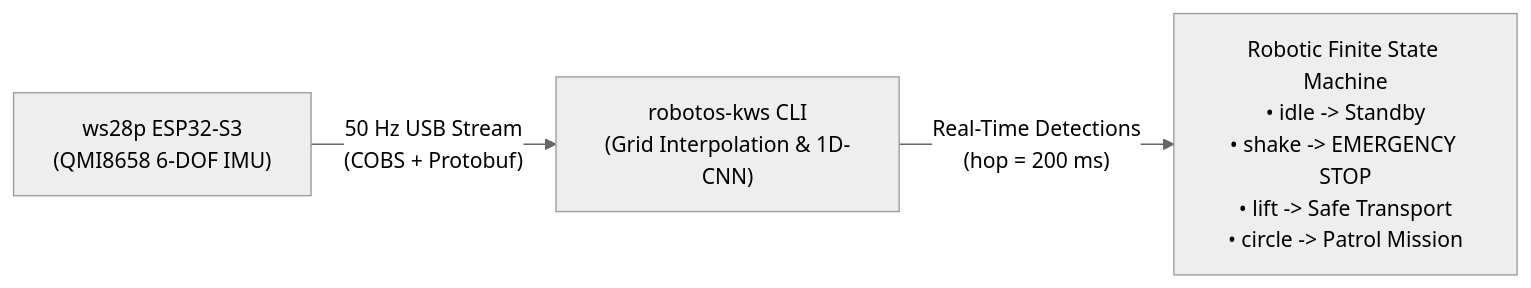
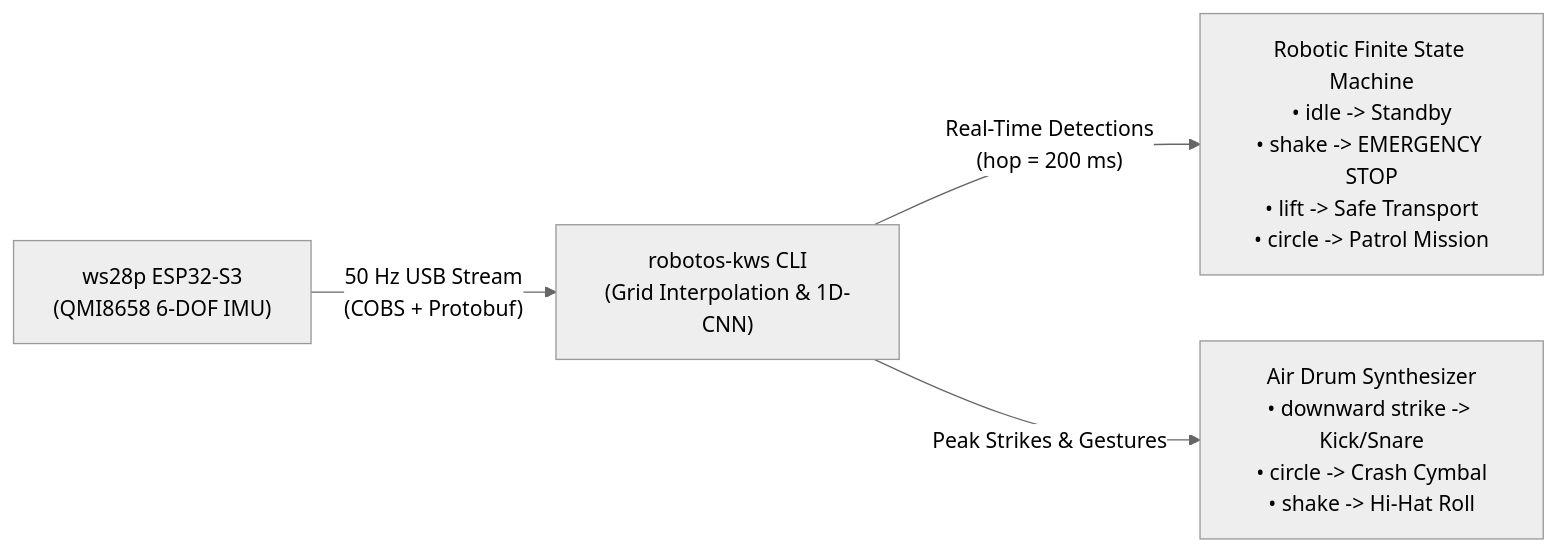
One commit to drsanti/kmutt-nd69 changed the diagram in nd3/docs/week08/README.md. Above: the diagram before and after it, drawn with Mermaid (neutral theme). The commit also changed other lines of this file and 16 other files, not shown here.

Commit message:
feat(nd3): add air drum musical motion synthesizer lab and robotos_kws 0.1.6

````diff
--- a/nd3/docs/week08/README.md
+++ b/nd3/docs/week08/README.md
@@ -81,5 +81,6 @@
 ```mermaid
 flowchart LR
     BOARD["ws28p ESP32-S3\n(QMI8658 6-DOF IMU)"] -->|"50 Hz USB Stream\n(COBS + Protobuf)"| CLI["robotos-kws CLI\n(Grid Interpolation & 1D-CNN)"]
     CLI -->|"Real-Time Detections\n(hop = 200 ms)"| FSM["Robotic Finite State Machine\n• idle -> Standby\n• shake -> EMERGENCY STOP\n• lift -> Safe Transport\n• circle -> Patrol Mission"]
+    CLI -->|"Peak Strikes & Gestures"| DRUM["Air Drum Synthesizer\n• downward strike -> Kick/Snare\n• circle -> Crash Cymbal\n• shake -> Hi-Hat Roll"]
 ```
````
